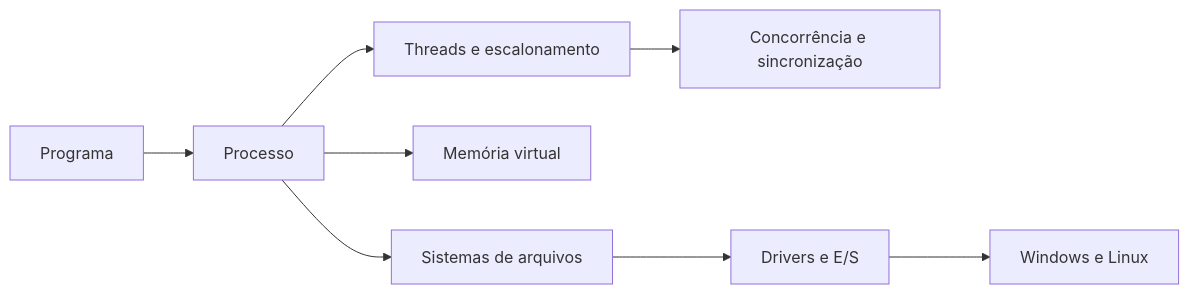
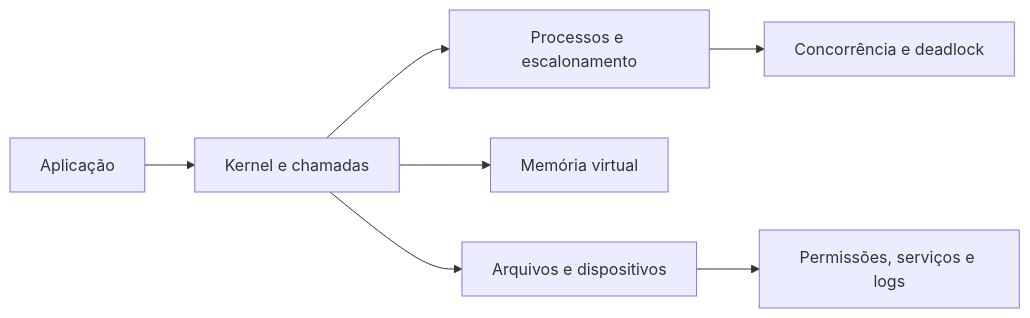
One commit to Hedward1/Concursos changed the second of 5 diagrams in Analista de sistemas/semana_01/semana_01_estudo.md. Above: the diagram before and after it, drawn with Mermaid. The commit also changed other lines of this file and 5 other files, not shown here.

````diff
--- a/Analista de sistemas/semana_01/semana_01_estudo.md
+++ b/Analista de sistemas/semana_01/semana_01_estudo.md
@@ -1192,10 +1127,9 @@
 ```mermaid
 flowchart LR
-  PROG[Programa] --> PROC[Processo]
-  PROC --> TH[Threads e escalonamento]
-  PROC --> MV[Memória virtual]
-  TH --> SYNC[Concorrência e sincronização]
-  PROC --> FS[Sistemas de arquivos]
-  FS --> IO[Drivers e E/S]
-  IO --> WIN[Windows e Linux]
+  APP[Aplicação] --> K[Kernel e chamadas]
+  K --> P[Processos e escalonamento]
+  K --> M[Memória virtual]
+  K --> FS[Arquivos e dispositivos]
+  P --> C[Concorrência e deadlock]
+  FS --> S[Permissões, serviços e logs]
 ```
````
